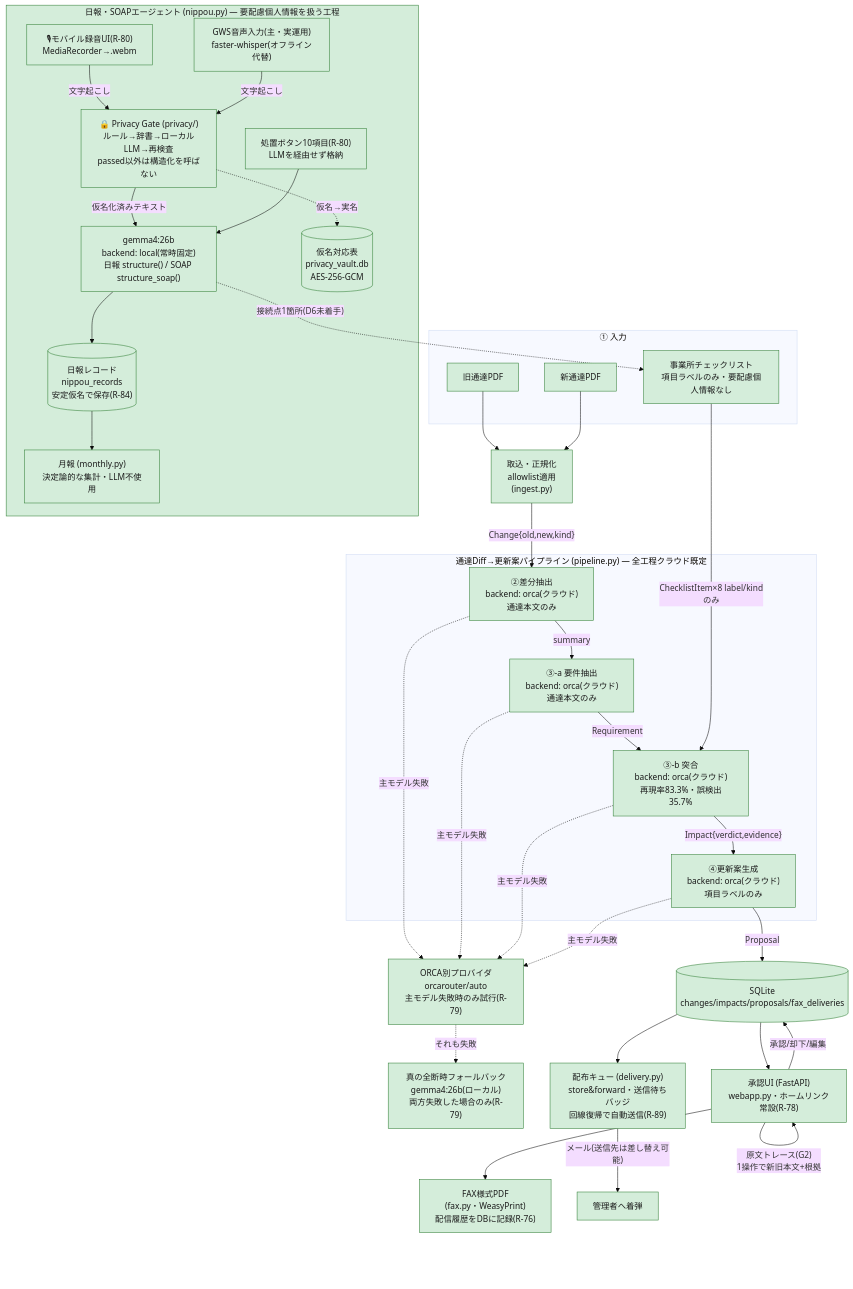
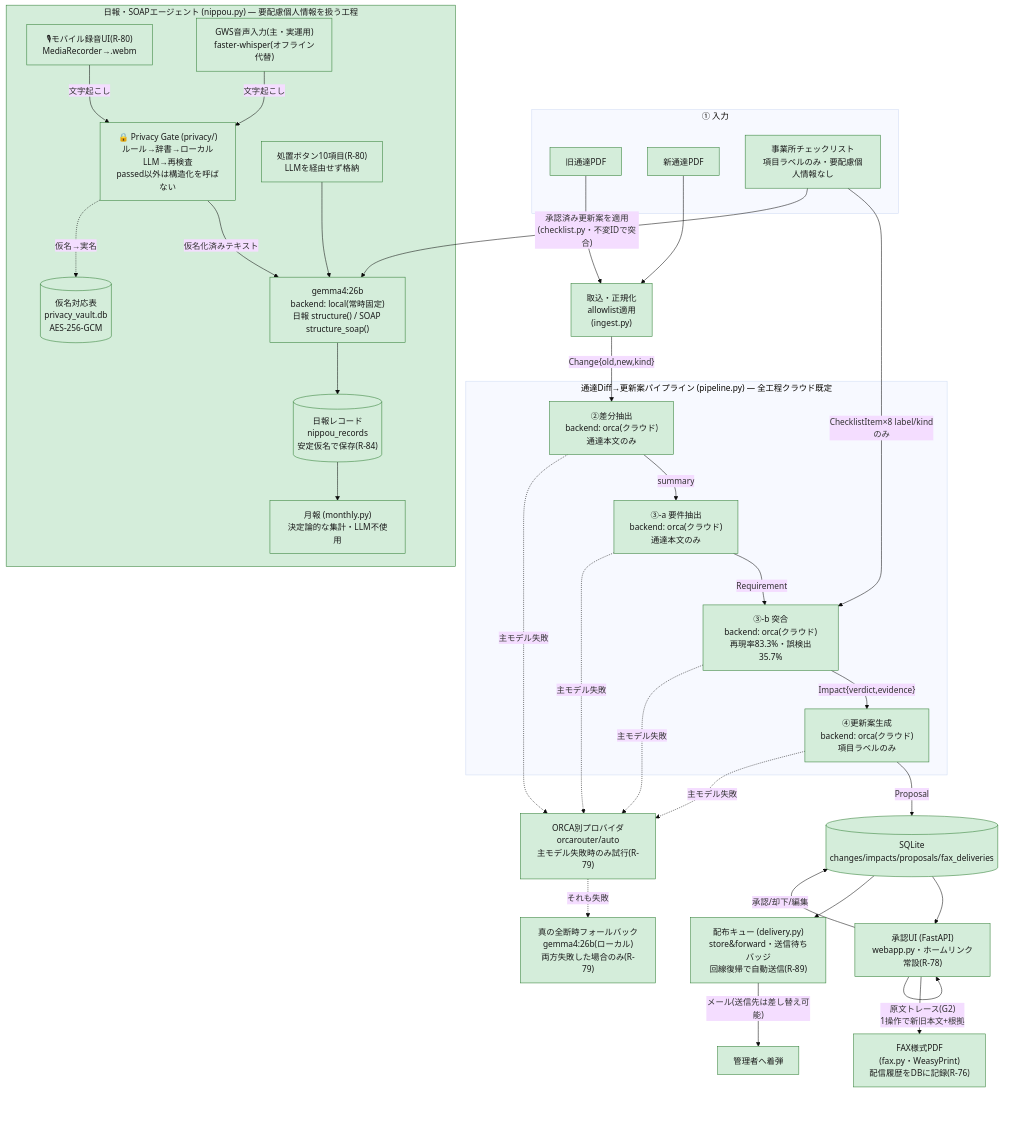
Before and after one commit to toshi-naka-boop/MOEGI: the diagram in design/moegi/overview.md, drawn with Mermaid (base theme). The commit also changed other lines of this file and 4 other files, not shown here.

````diff
--- a/design/moegi/overview.md
+++ b/design/moegi/overview.md
@@ -10,58 +10,58 @@
 ```mermaid
 flowchart TD
     subgraph input["① 入力"]
         OLD[旧通達PDF]
         NEW[新通達PDF]
         SITE[事業所チェックリスト<br/>項目ラベルのみ・要配慮個人情報なし]
     end
 
     OLD --> INGEST["取込・正規化<br/>allowlist適用<br/>(ingest.py)"]
     NEW --> INGEST
     INGEST -->|"Change{old,new,kind}"| DIFF
 
     subgraph pipeline["通達Diff→更新案パイプライン (pipeline.py) — 全工程クラウド既定"]
         DIFF["②差分抽出<br/>backend: orca(クラウド)<br/>通達本文のみ"]
         REQ["③-a 要件抽出<br/>backend: orca(クラウド)<br/>通達本文のみ"]
         MATCH["③-b 突合<br/>backend: orca(クラウド)<br/>再現率83.3%・誤検出35.7%"]
         DRAFT["④更新案生成<br/>backend: orca(クラウド)<br/>項目ラベルのみ"]
     end
 
     DIFF -->|summary| REQ
     REQ -->|Requirement| MATCH
     SITE -->|ChecklistItem×8 label/kindのみ| MATCH
     MATCH -->|"Impact{verdict,evidence}"| DRAFT
     DRAFT -->|Proposal| STORE[(SQLite<br/>changes/impacts/proposals/fax_deliveries)]
 
     ORCAFB["ORCA別プロバイダ<br/>orcarouter/auto<br/>主モデル失敗時のみ試行(R-79)"]
     LOCALFB["真の全断時フォールバック<br/>gemma4:26b(ローカル)<br/>両方失敗した場合のみ(R-79)"]
     DIFF -.->|主モデル失敗| ORCAFB
     REQ -.->|主モデル失敗| ORCAFB
     MATCH -.->|主モデル失敗| ORCAFB
     DRAFT -.->|主モデル失敗| ORCAFB
     ORCAFB -.->|それも失敗| LOCALFB
 
     STORE --> UI["承認UI (FastAPI)<br/>webapp.py・ホームリンク常設(R-78)"]
     UI -->|"原文トレース(G2)<br/>1操作で新旧本文+根拠"| UI
     UI -->|承認/却下/編集| STORE
     UI --> FAX["FAX様式PDF<br/>(fax.py・WeasyPrint)<br/>配信履歴をDBに記録(R-76)"]
 
     STORE --> DQ["配布キュー (delivery.py)<br/>store&forward・送信待ちバッジ<br/>回線復帰で自動送信(R-89)"]
     DQ -->|"メール(送信先は差し替え可能)"| MAIL[管理者へ着弾]
 
     subgraph nippou["日報・SOAPエージェント (nippou.py) — 要配慮個人情報を扱う工程"]
         MIC["🎙モバイル録音UI(R-80)<br/>MediaRecorder→.webm"] -->|文字起こし| PGATE
         GWS["GWS音声入力(主・実運用)<br/>faster-whisper(オフライン代替)"] -->|文字起こし| PGATE
         PGATE["🔒 Privacy Gate (privacy/)<br/>ルール→辞書→ローカルLLM→再検査<br/>passed以外は構造化を呼ばない"]
         PGATE -->|仮名化済みテキスト| GEMMA["gemma4:26b<br/>backend: local(常時固定)<br/>日報 structure() / SOAP structure_soap()"]
         BTN["処置ボタン10項目(R-80)<br/>LLMを経由せず格納"] --> GEMMA
         PGATE -.->|仮名→実名| VAULT[("仮名対応表<br/>privacy_vault.db<br/>AES-256-GCM")]
         GEMMA --> NREC[("日報レコード<br/>nippou_records<br/>安定仮名で保存(R-84)")]
         NREC --> MONTH["月報 (monthly.py)<br/>決定論的な集計・LLM不使用"]
     end
-    GEMMA -.->|"接続点1箇所(D6未着手)"| SITE
+    SITE -->|"承認済み更新案を適用<br/>(checklist.py・不変IDで突合)"| GEMMA
 
     classDef done fill:#d4edda,stroke:#2e7d32,color:#1a1a1a
     classDef pending fill:#f5f5f5,stroke:#999,color:#666,stroke-dasharray: 4 3
     class OLD,NEW,SITE,INGEST,DIFF,REQ,MATCH,DRAFT,STORE,UI,ORCAFB,LOCALFB,FAX,MIC,GWS,GEMMA,BTN,nippou,PGATE,VAULT,NREC,MONTH done
     class DQ,MAIL done
 ```
````
